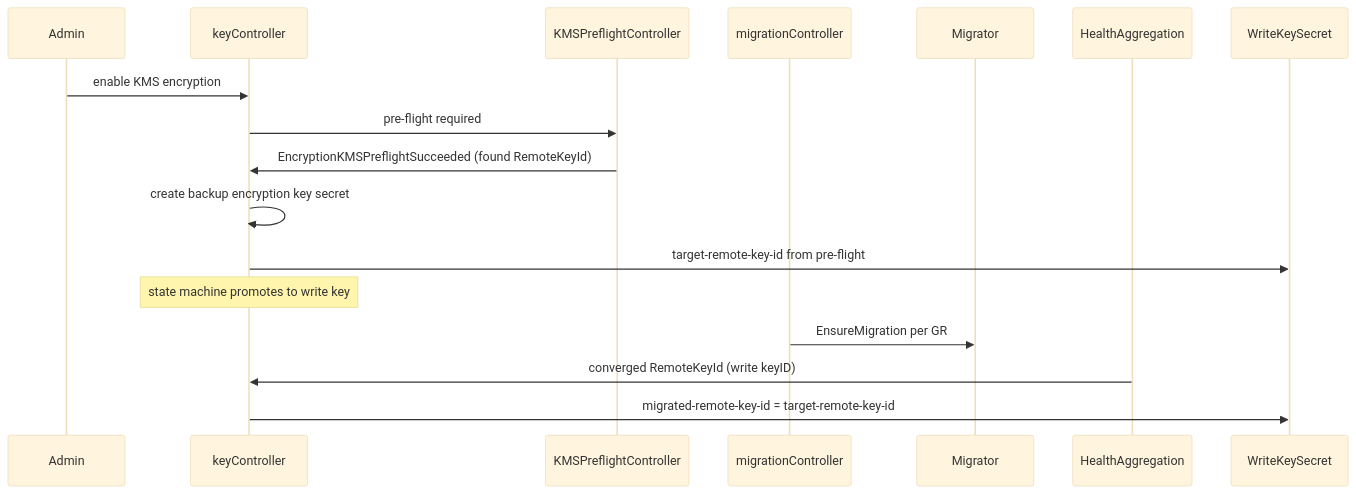
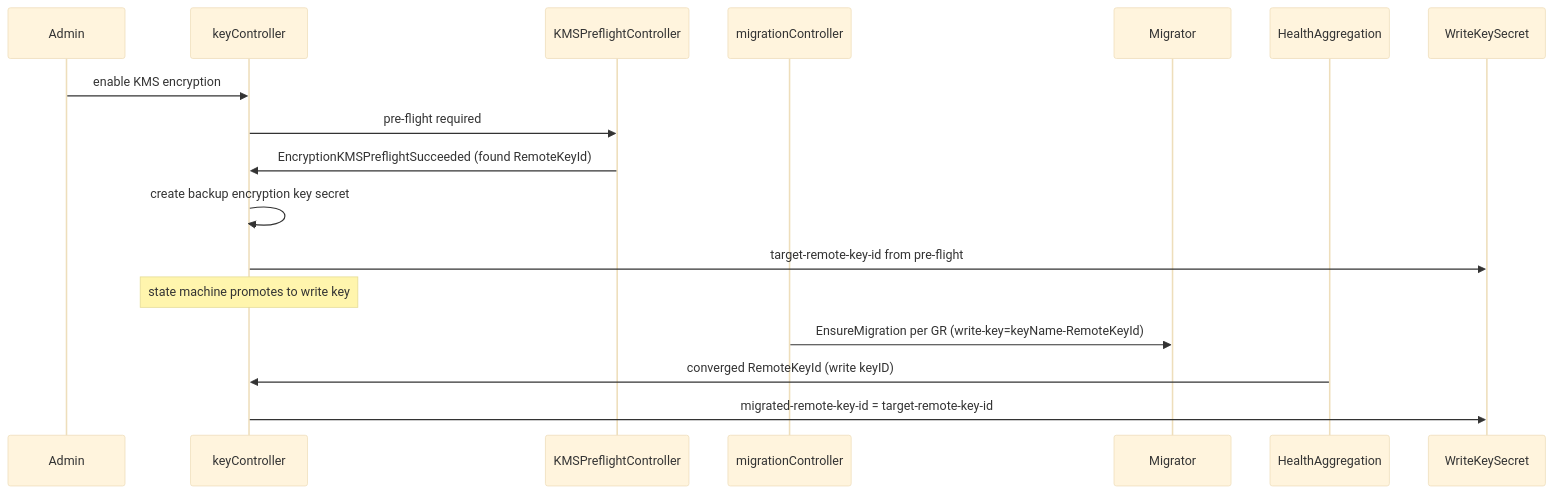
Before and after one commit to openshift/enhancements: the first of 4 diagrams in enhancements/kube-apiserver/kms-encryption-foundations.md, drawn with Mermaid (base theme). The commit also changed other lines of this file, not shown here.

Commit message:
clarify remote key in SVM

````diff
--- a/enhancements/kube-apiserver/kms-encryption-foundations.md
+++ b/enhancements/kube-apiserver/kms-encryption-foundations.md
@@ -526,20 +534,20 @@
 ```mermaid
 sequenceDiagram
     participant Admin
     participant KeyCtrl as keyController
     participant Preflight as KMSPreflightController
     participant MigCtrl as migrationController
     participant SVM as Migrator
     participant Health as HealthAggregation
     participant Secret as WriteKeySecret
 
     Admin->>KeyCtrl: enable KMS encryption
     KeyCtrl->>Preflight: pre-flight required
     Preflight->>KeyCtrl: EncryptionKMSPreflightSucceeded (found RemoteKeyId)
     KeyCtrl->>KeyCtrl: create backup encryption key secret
     KeyCtrl->>Secret: target-remote-key-id from pre-flight
     Note over KeyCtrl: state machine promotes to write key
-    MigCtrl->>SVM: EnsureMigration per GR
+    MigCtrl->>SVM: EnsureMigration per GR (write-key=keyName-RemoteKeyId)
     Health->>KeyCtrl: converged RemoteKeyId (write keyID)
     KeyCtrl->>Secret: migrated-remote-key-id = target-remote-key-id
 ```
````
